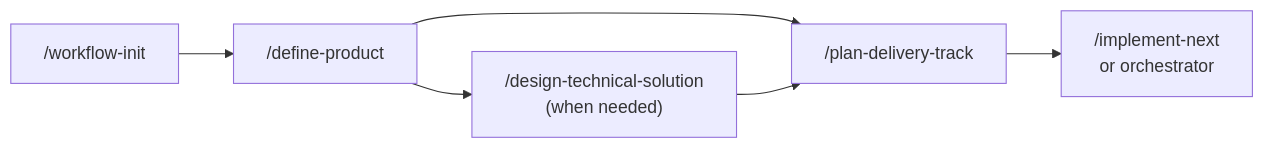
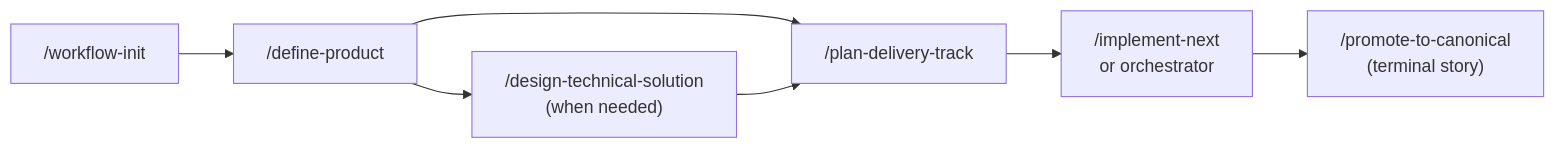
The diagram in docs/getting-started.md (aryeko/agentic-workflow-kit), drawn with Mermaid before and after one commit. The commit also changed other lines of this file and 2 other files, not shown here.

First line of the commit message:
docs: add promote-to-canonical to skill lists in README and docs

````diff
--- a/docs/getting-started.md
+++ b/docs/getting-started.md
@@ -27,5 +27,5 @@
 ```mermaid
 flowchart LR
-  A["/workflow-init"] --> B["/define-product"] --> C["/plan-delivery-track"] --> D["/implement-next<br/>or orchestrator"]
+  A["/workflow-init"] --> B["/define-product"] --> C["/plan-delivery-track"] --> D["/implement-next<br/>or orchestrator"] --> P["/promote-to-canonical<br/>(terminal story)"]
   B --> E["/design-technical-solution<br/>(when needed)"] --> C
 ```
````
